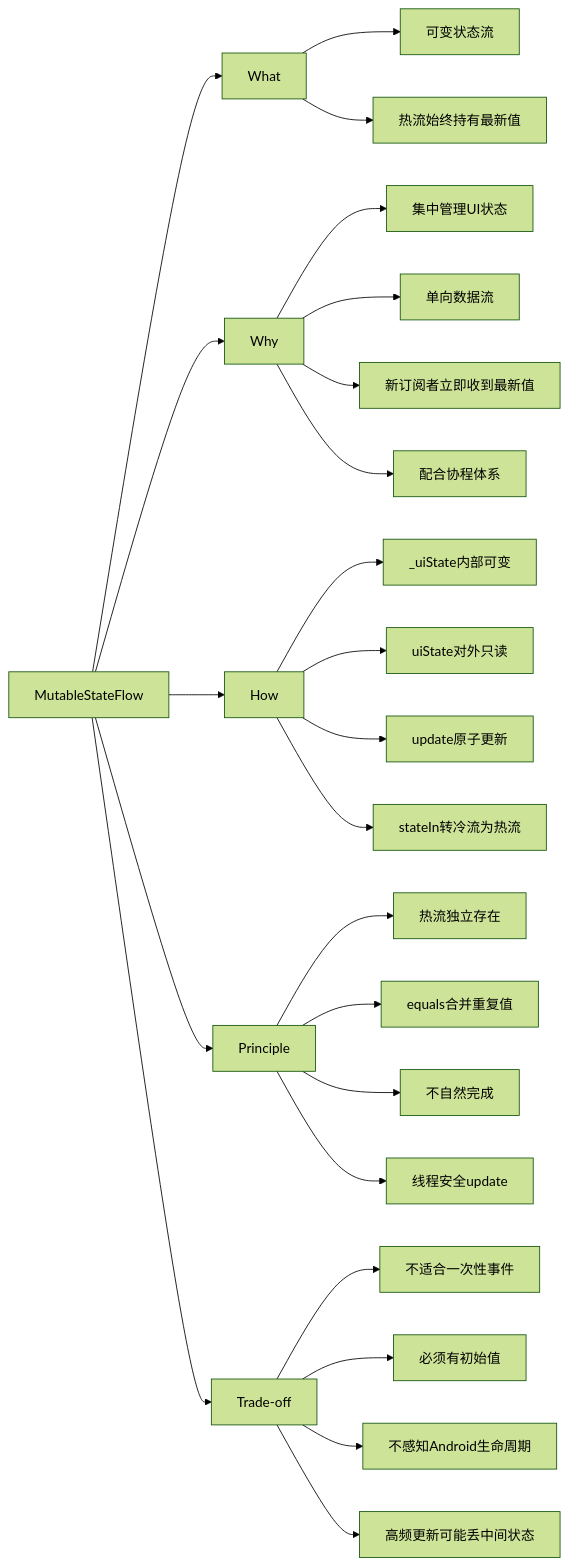
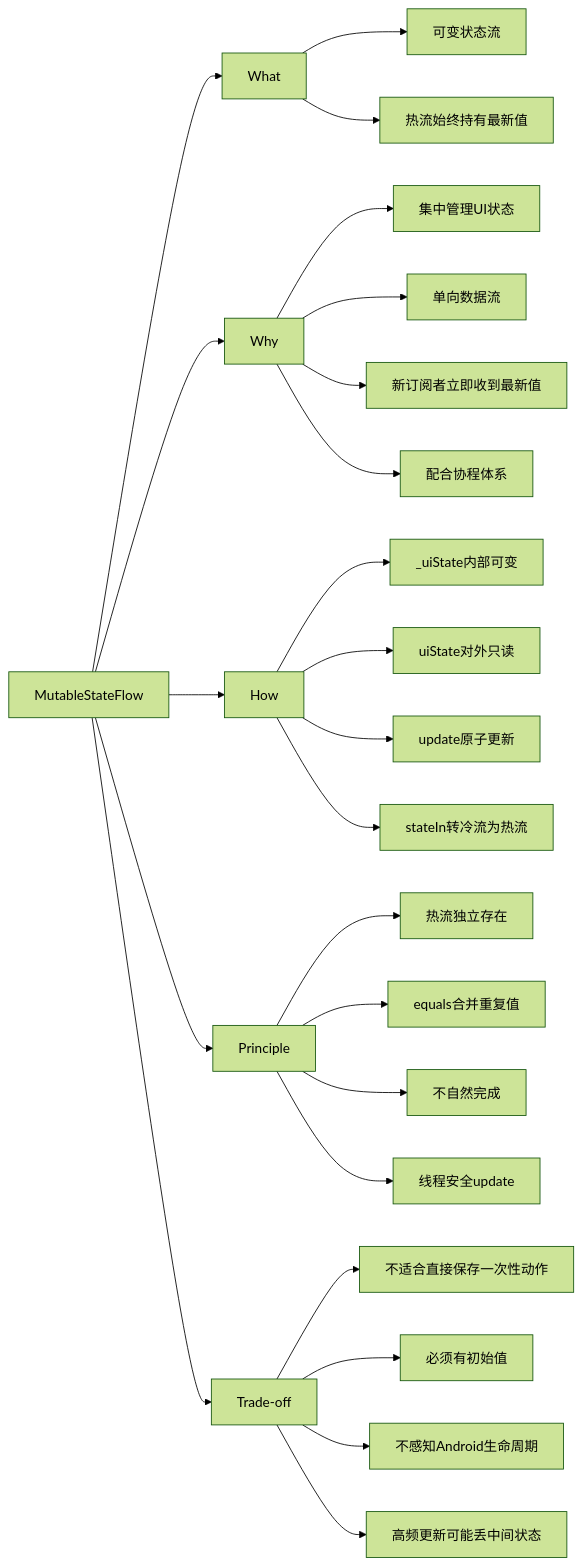
The diagram in _posts/2026-04-29-android-mutable-state-flow-interview-analysis.md (androidmalin/androidmalin.github.io), drawn with Mermaid (forest theme) before and after one commit. The commit also changed other lines of this file and 2 other files, not shown here.

````diff
--- a/_posts/2026-04-29-android-mutable-state-flow-interview-analysis.md
+++ b/_posts/2026-04-29-android-mutable-state-flow-interview-analysis.md
@@ -558,31 +564,31 @@
 ```mermaid
 flowchart LR
     A[MutableStateFlow] --> B[What]
     A --> C[Why]
     A --> D[How]
     A --> E[Principle]
     A --> F[Trade-off]
 
     B --> B1[可变状态流]
     B --> B2[热流始终持有最新值]
 
     C --> C1[集中管理UI状态]
     C --> C2[单向数据流]
     C --> C3[新订阅者立即收到最新值]
     C --> C4[配合协程体系]
 
     D --> D1[_uiState内部可变]
     D --> D2[uiState对外只读]
     D --> D3[update原子更新]
     D --> D4[stateIn转冷流为热流]
 
     E --> E1[热流独立存在]
     E --> E2[equals合并重复值]
     E --> E3[不自然完成]
     E --> E4[线程安全update]
 
-    F --> F1[不适合一次性事件]
+    F --> F1[不适合直接保存一次性动作]
     F --> F2[必须有初始值]
     F --> F3[不感知Android生命周期]
     F --> F4[高频更新可能丢中间状态]
 ```
````
